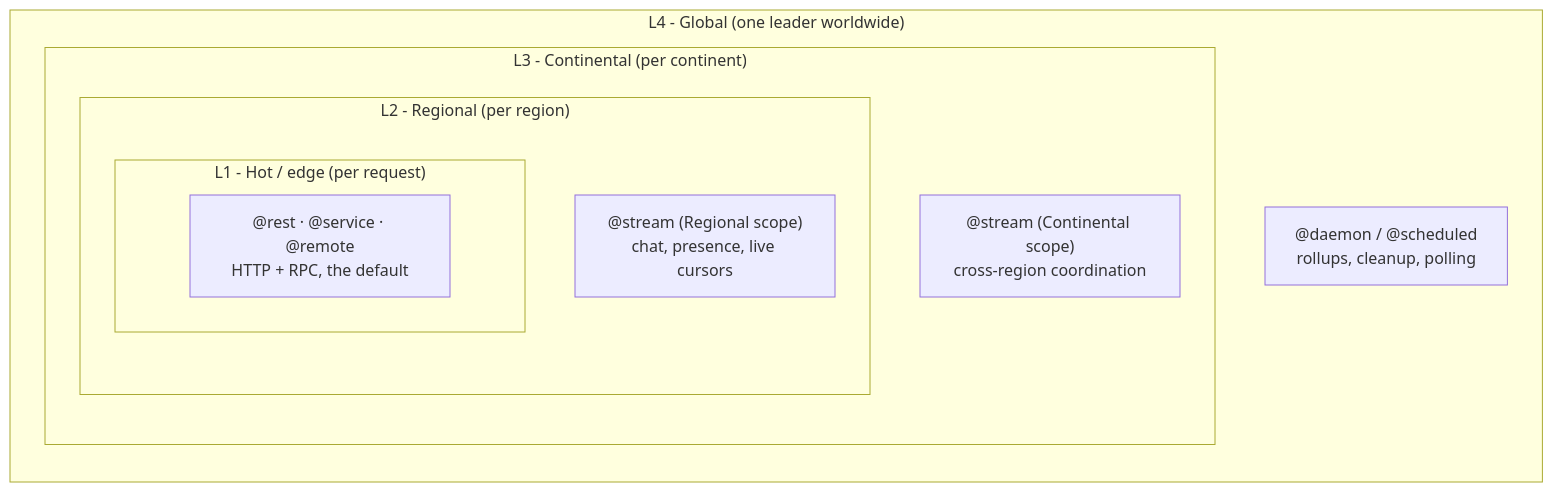
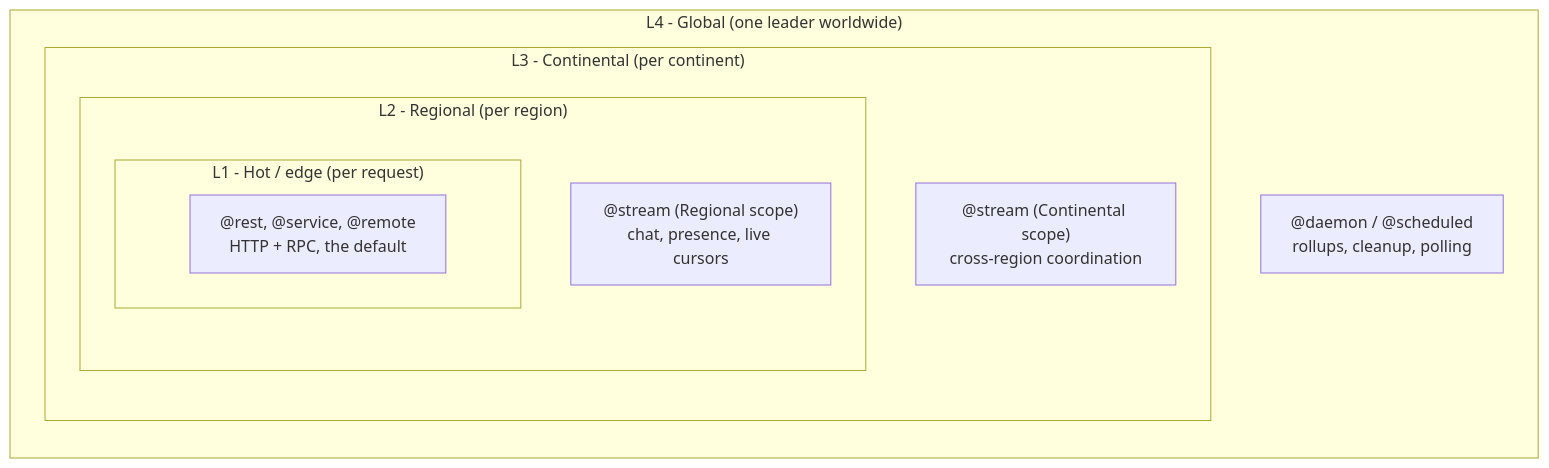
One commit to dacely-cloud/toiljs changed the diagram in docs/concepts/tiers.md. Above: the diagram before and after it, drawn with Mermaid. The commit also changed 13 other files, not shown here.

````diff
--- a/docs/concepts/tiers.md
+++ b/docs/concepts/tiers.md
@@ -11,18 +11,18 @@
 ```mermaid
 flowchart TB
     subgraph L4["L4 - Global (one leader worldwide)"]
         direction TB
         D["@daemon / @scheduled<br/>rollups, cleanup, polling"]
         subgraph L3["L3 - Continental (per continent)"]
             direction TB
             C["@stream (Continental scope)<br/>cross-region coordination"]
             subgraph L2["L2 - Regional (per region)"]
                 direction TB
                 R["@stream (Regional scope)<br/>chat, presence, live cursors"]
                 subgraph L1["L1 - Hot / edge (per request)"]
-                    H["@rest · @service · @remote<br/>HTTP + RPC, the default"]
+                    H["@rest, @service, @remote<br/>HTTP + RPC, the default"]
                 end
             end
         end
     end
 ```
````
